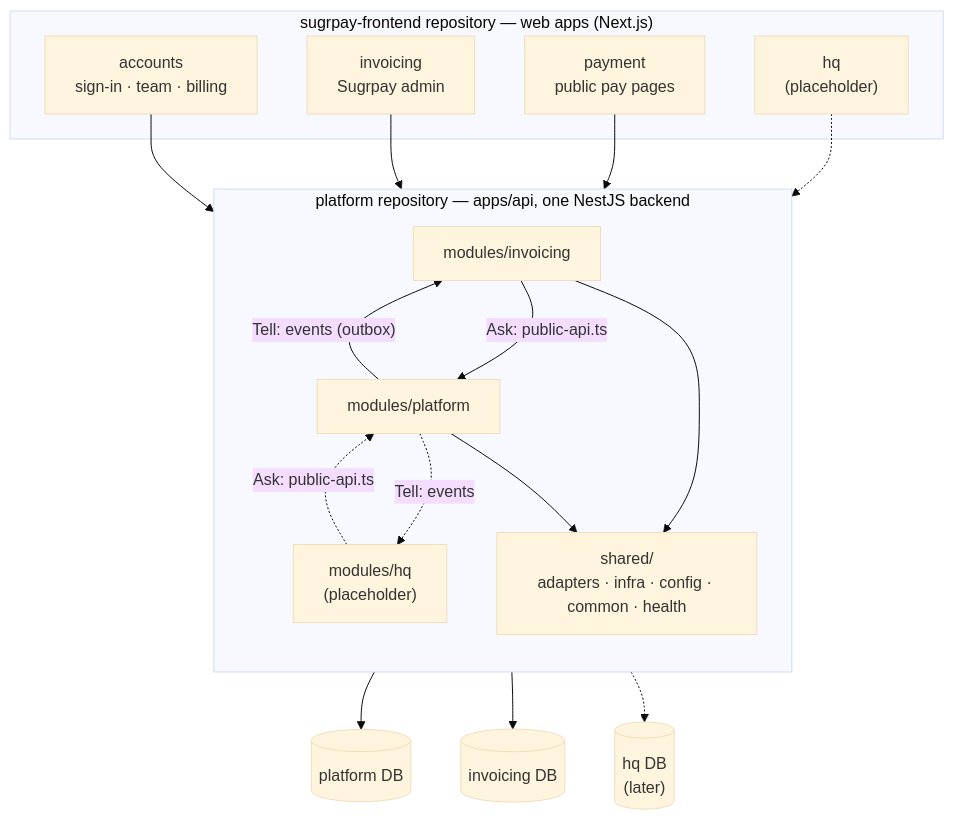
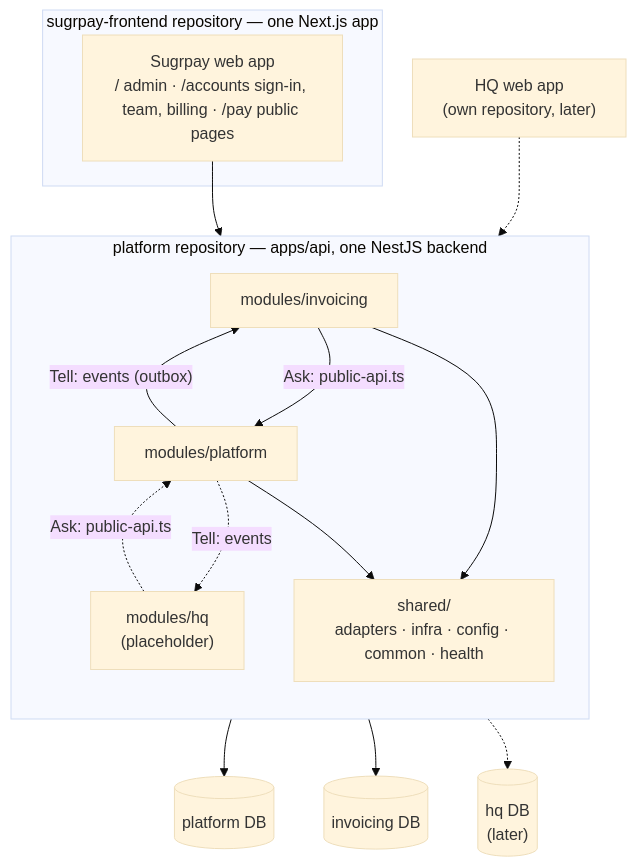
The diagram in docs/architecture/README.md (primeshelfspace/platform), drawn with Mermaid (base theme) before and after one commit. The commit also changed other lines of this file and 11 other files, not shown here.

````diff
--- a/docs/architecture/README.md
+++ b/docs/architecture/README.md
@@ -20,35 +23,31 @@
 ```mermaid
 flowchart TB
-  subgraph web["sugrpay-frontend repository — web apps (Next.js)"]
-    ACC_APP["accounts<br/>sign-in · team · billing"]
-    INV_APP["invoicing<br/>Sugrpay admin"]
-    PAY_APP["payment<br/>public pay pages"]
-    HQ_APP["hq<br/>(placeholder)"]
+  subgraph web["sugrpay-frontend repository — one Next.js app"]
+    SUG_APP["Sugrpay web app<br/>/ admin · /accounts sign-in, team, billing · /pay public pages"]
   end
+  HQ_APP["HQ web app<br/>(own repository, later)"]
 
   subgraph api["platform repository — apps/api, one NestJS backend"]
     direction TB
     INV["modules/invoicing"]
     HQ["modules/hq<br/>(placeholder)"]
     PLAT["modules/platform"]
     SHARED["shared/<br/>adapters · infra · config · common · health"]
     INV -- "Ask: public-api.ts" --> PLAT
     HQ -. "Ask: public-api.ts" .-> PLAT
     PLAT -- "Tell: events (outbox)" --> INV
     PLAT -. "Tell: events" .-> HQ
     INV --> SHARED
     PLAT --> SHARED
   end
 
   PDB[("platform DB")]
   IDB[("invoicing DB")]
   HDB[("hq DB<br/>(later)")]
 
-  ACC_APP --> api
-  INV_APP --> api
-  PAY_APP --> api
+  SUG_APP --> api
   HQ_APP -.-> api
   PLAT --> PDB
   INV --> IDB
   HQ -.-> HDB
 ```
````
